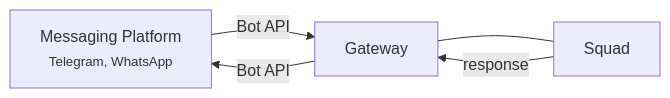
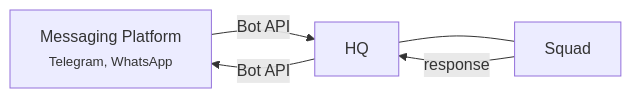
One commit to volumegambit/Dash changed the diagram in docs/messaging-apps.mdx. Above: the diagram before and after it, drawn with Mermaid. The commit also changed other lines of this file and 165 other files, not shown here.

````diff
--- a/docs/messaging-apps.mdx
+++ b/docs/messaging-apps.mdx
@@ -12,7 +12,7 @@
 ```mermaid
 graph LR
-    P["Messaging Platform<br/><small>Telegram, WhatsApp</small>"] -->|Bot API| GW["Gateway"]
+    P["Messaging Platform<br/><small>Telegram, WhatsApp</small>"] -->|Bot API| GW["HQ"]
     GW --- A["Squad"]
     A -->|response| GW
     GW -->|Bot API| P
 ```
````
